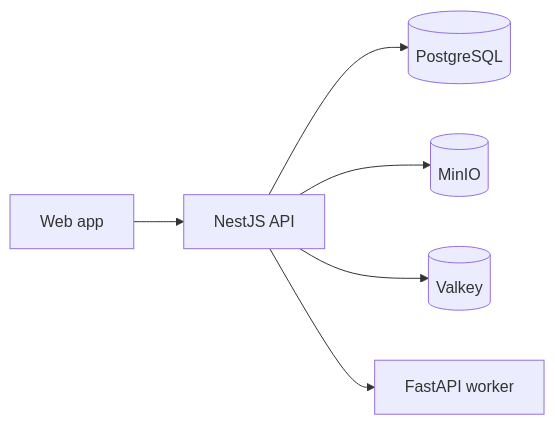
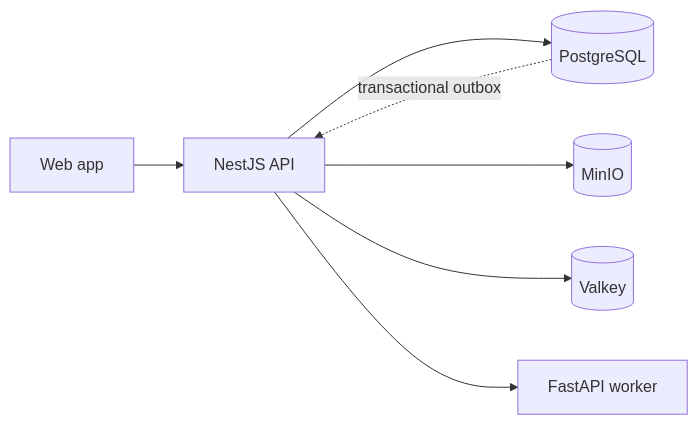
Before and after one commit to Docuvate/docuvate: the diagram in docs/architecture.md, drawn with Mermaid. The commit also changed other lines of this file and 24 other files, not shown here.

First line of the commit message:
feat(api): transactional job outbox with Valkey relay and retry

````diff
--- a/docs/architecture.md
+++ b/docs/architecture.md
@@ -12,8 +12,9 @@
 ```mermaid
 flowchart LR
   Web["Web app"] --> API["NestJS API"]
   API --> Postgres[("PostgreSQL")]
   API --> MinIO[("MinIO")]
   API --> Valkey[("Valkey")]
   API --> Worker["FastAPI worker"]
+  Postgres -. transactional outbox .-> API
 ```
````
